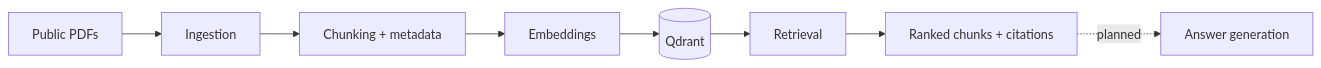
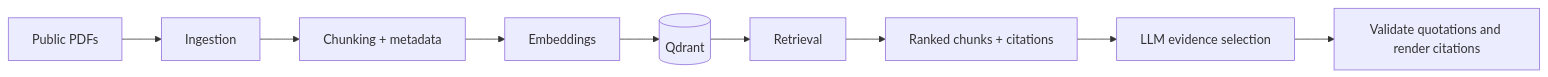
One commit to MayankYadav-ds/enterprise-rag-agent changed the first of 3 diagrams in docs/ARCHITECTURE.md. Above: the diagram before and after it, drawn with Mermaid. The commit also changed other lines of this file and 15 other files, not shown here.

Commit message:
feat(generation): add evidence-grounded answer generation

````diff
--- a/docs/ARCHITECTURE.md
+++ b/docs/ARCHITECTURE.md
@@ -8,10 +8,11 @@
 ```mermaid
 flowchart LR
     D[Public PDFs] --> I[Ingestion]
     I --> C[Chunking + metadata]
     C --> E[Embeddings]
     E --> Q[(Qdrant)]
     Q --> R[Retrieval]
     R --> A[Ranked chunks + citations]
-    A -. planned .-> G[Answer generation]
+    A --> G[LLM evidence selection]
+    G --> V[Validate quotations and render citations]
 ```
````
